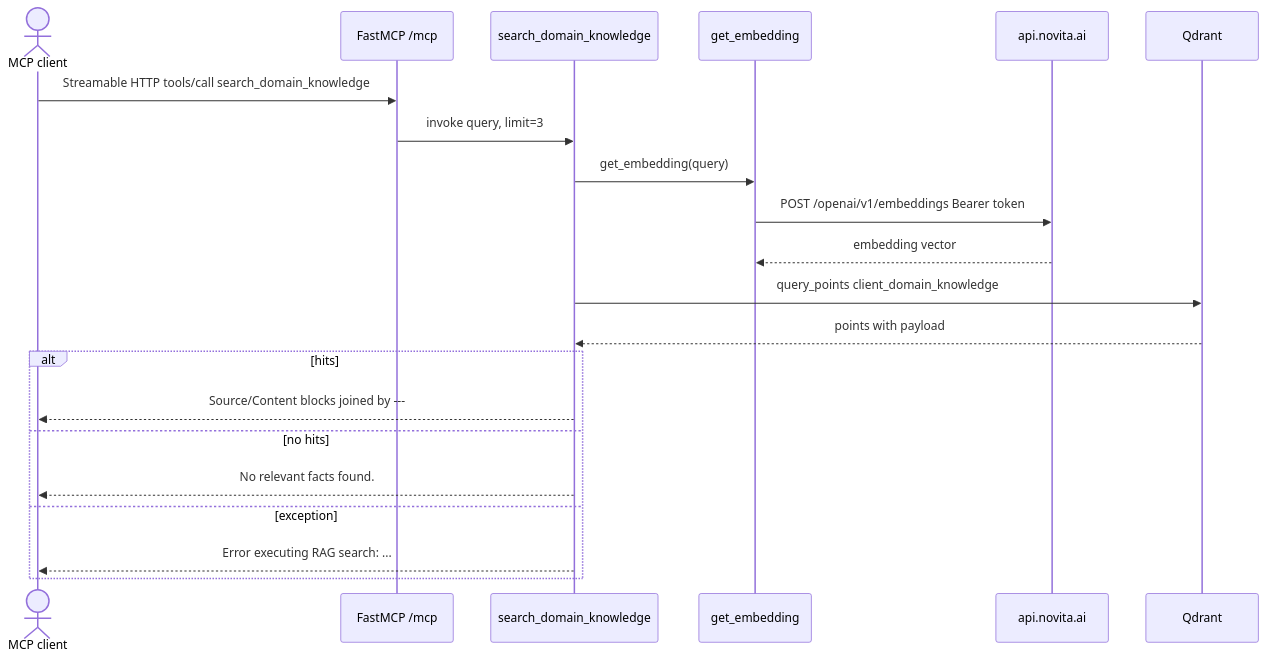
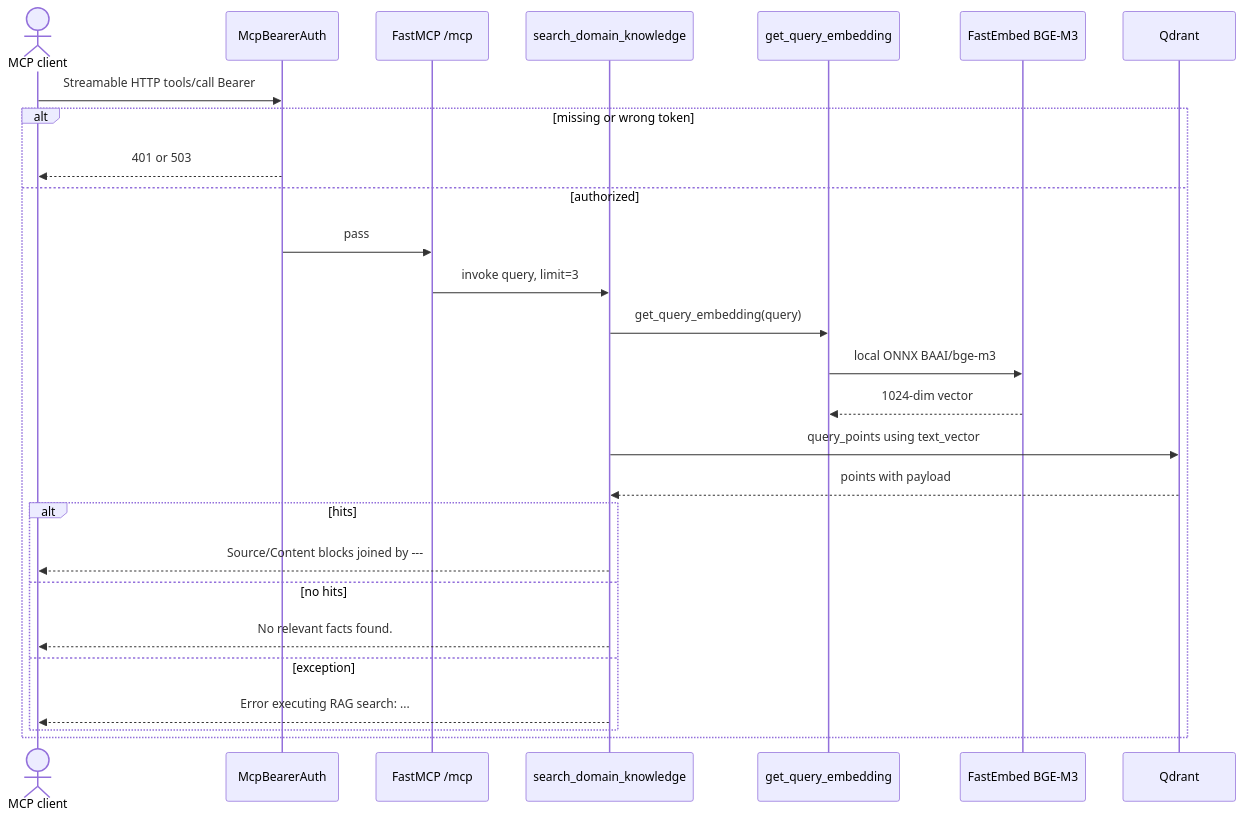
One commit to mkrejp/fastmcp-rag-timer changed the fourth of 4 diagrams in docs/ARCHITECTURE.md. Above: the diagram before and after it, drawn with Mermaid. The commit also changed other lines of this file and 8 other files, not shown here.

First line of the commit message:
docs: align README, architecture, and connectivity with current main

````diff
--- a/docs/ARCHITECTURE.md
+++ b/docs/ARCHITECTURE.md
@@ -257,24 +327,30 @@
 ```mermaid
 sequenceDiagram
   actor Agent as MCP client
+  participant Auth as McpBearerAuth
   participant MCP as FastMCP /mcp
   participant Tool as search_domain_knowledge
-  participant Embed as get_embedding
-  participant Novita as api.novita.ai
+  participant Embed as get_query_embedding
+  participant FE as FastEmbed BGE-M3
   participant Qdrant
 
-  Agent->>MCP: Streamable HTTP tools/call search_domain_knowledge
-  MCP->>Tool: invoke query, limit=3
-  Tool->>Embed: get_embedding(query)
-  Embed->>Novita: POST /openai/v1/embeddings Bearer token
-  Novita-->>Embed: embedding vector
-  Tool->>Qdrant: query_points client_domain_knowledge
-  Qdrant-->>Tool: points with payload
-  alt hits
-    Tool-->>Agent: Source/Content blocks joined by ---
-  else no hits
-    Tool-->>Agent: No relevant facts found.
-  else exception
-    Tool-->>Agent: Error executing RAG search: ...
+  Agent->>Auth: Streamable HTTP tools/call Bearer
+  alt missing or wrong token
+    Auth-->>Agent: 401 or 503
+  else authorized
+    Auth->>MCP: pass
+    MCP->>Tool: invoke query, limit=3
+    Tool->>Embed: get_query_embedding(query)
+    Embed->>FE: local ONNX BAAI/bge-m3
+    FE-->>Embed: 1024-dim vector
+    Tool->>Qdrant: query_points using text_vector
+    Qdrant-->>Tool: points with payload
+    alt hits
+      Tool-->>Agent: Source/Content blocks joined by ---
+    else no hits
+      Tool-->>Agent: No relevant facts found.
+    else exception
+      Tool-->>Agent: Error executing RAG search: ...
+    end
   end
 ```
````
